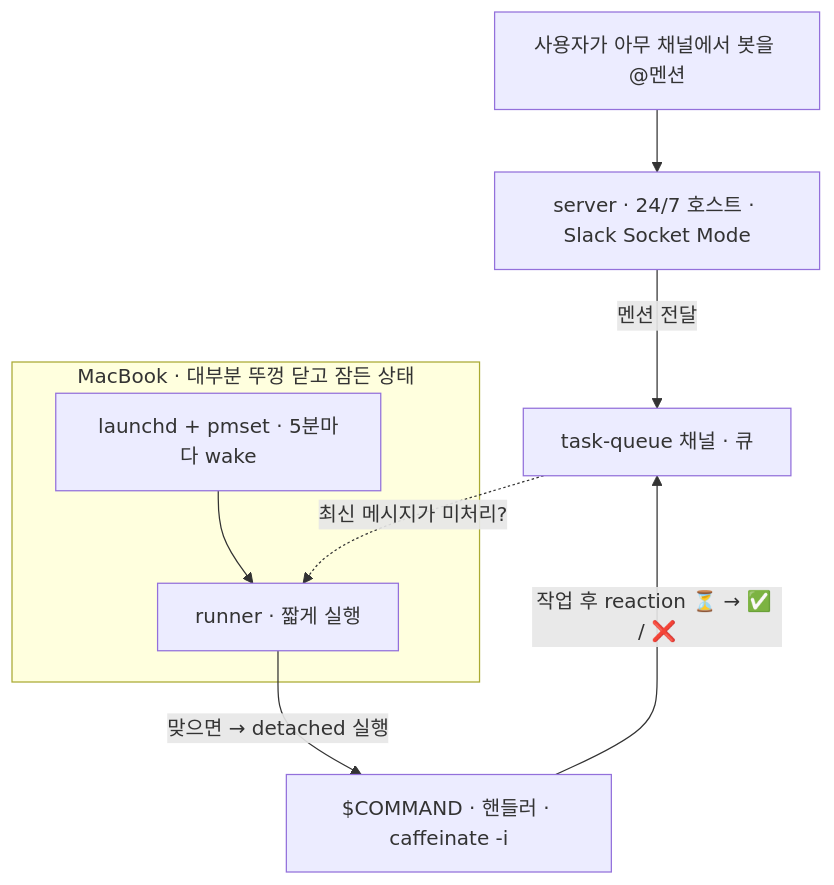
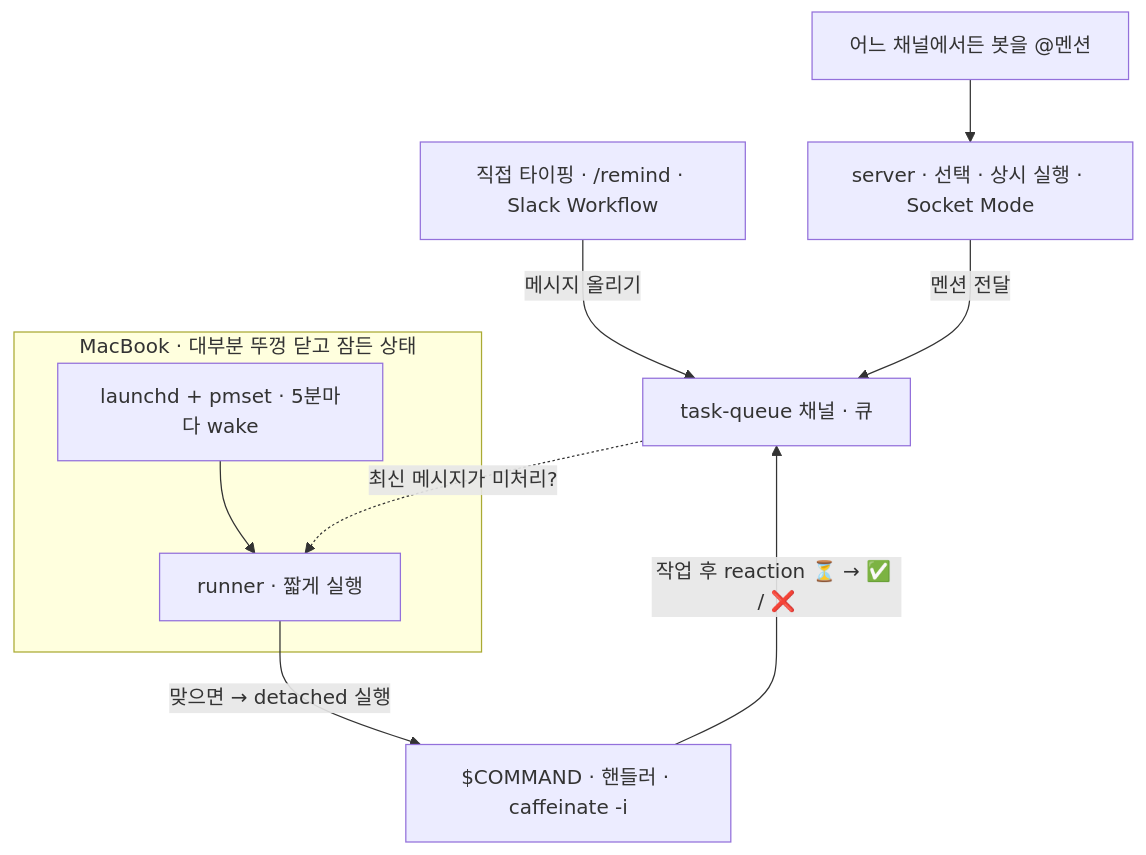
The diagram in README.kr.md (Jin5823/clamshell-taskq), drawn with Mermaid before and after one commit. The commit also changed other lines of this file and 1 other file, not shown here.

First line of the commit message:
docs: add scheduling and safe-handler guides, mark the server optional

````diff
--- a/README.kr.md
+++ b/README.kr.md
@@ -19,13 +19,14 @@
 ```mermaid
 flowchart TD
-    A["사용자가 아무 채널에서 봇을 @멘션"] --> S["server · 24/7 호스트 · Slack Socket Mode"]
-    S -->|"멘션 전달"| Q["task-queue 채널 · 큐"]
+    F["직접 타이핑 · /remind · Slack Workflow"] -->|"메시지 올리기"| Q["task-queue 채널 · 큐"]
+    A["어느 채널에서든 봇을 @멘션"] --> S["server · 선택 · 상시 실행 · Socket Mode"]
+    S -->|"멘션 전달"| Q
 
     subgraph Mac["MacBook · 대부분 뚜껑 닫고 잠든 상태"]
       W["launchd + pmset · 5분마다 wake"] --> R["runner · 짧게 실행"]
     end
 
     Q -.->|"최신 메시지가 미처리?"| R
     R -->|"맞으면 → detached 실행"| C["$COMMAND · 핸들러 · caffeinate -i"]
     C -->|"작업 후 reaction ⏳ → ✅ / ❌"| Q
 ```
````
